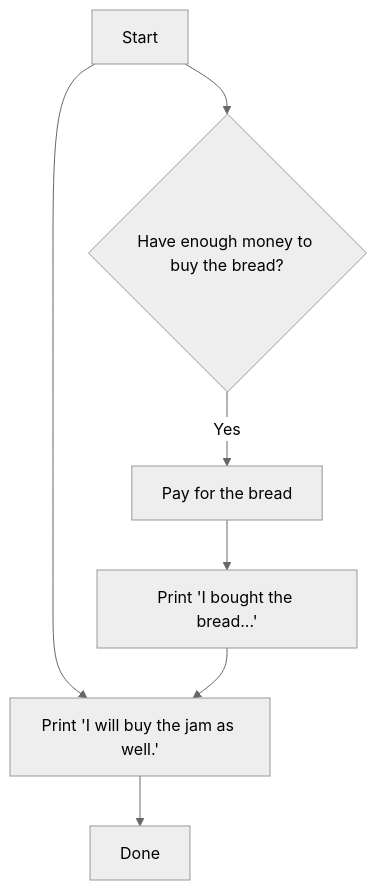
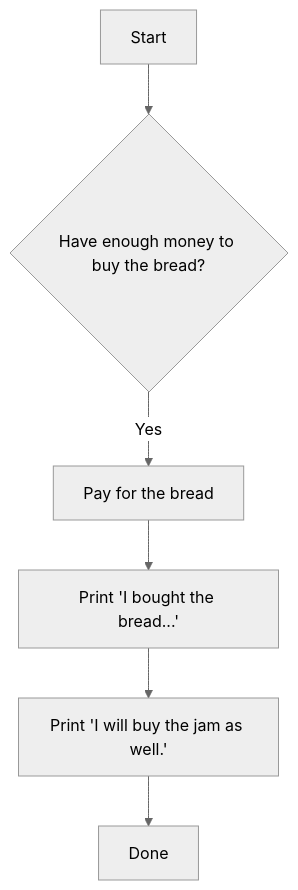
One commit to rahmanda/ayongulik changed the third of 4 diagrams in courses/level-0/algoritma-menggunakan-python/3-conditionals.md. Above: the diagram before and after it, drawn with Mermaid (neutral theme). The commit also changed other lines of this file, not shown here.

Commit message:
docs(conditionals): fix some flowchart diagrams

````diff
--- a/courses/level-0/algoritma-menggunakan-python/3-conditionals.md
+++ b/courses/level-0/algoritma-menggunakan-python/3-conditionals.md
@@ -88,9 +88,8 @@
 ```mermaid
 flowchart TD
     A[Start] --> B{Have enough money to buy the bread?}
     B -- Yes --> C[Pay for the bread]
     C --> D[Print 'I bought the bread...']
-    A --> E[Print 'I will buy the jam as well.']
-    D --> E
+    D --> E[Print 'I will buy the jam as well.']
     E --> F[Done]
 ```
````
